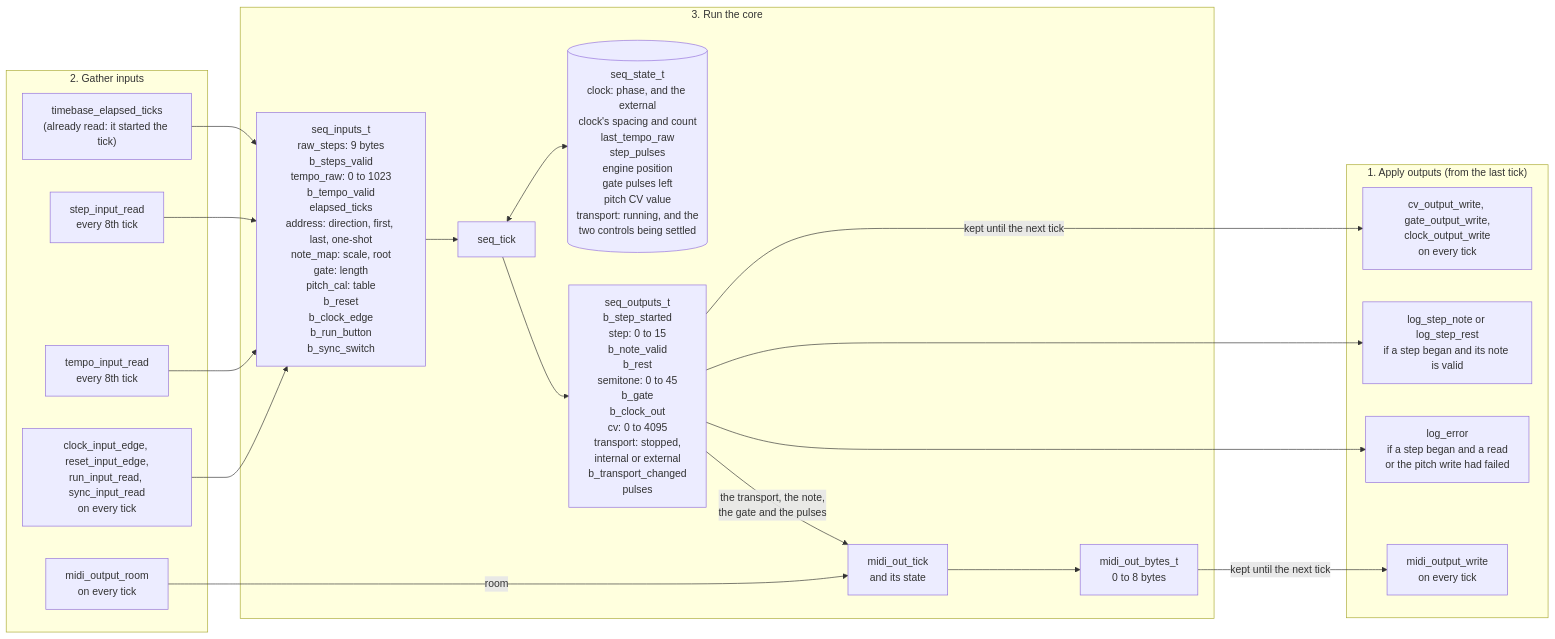
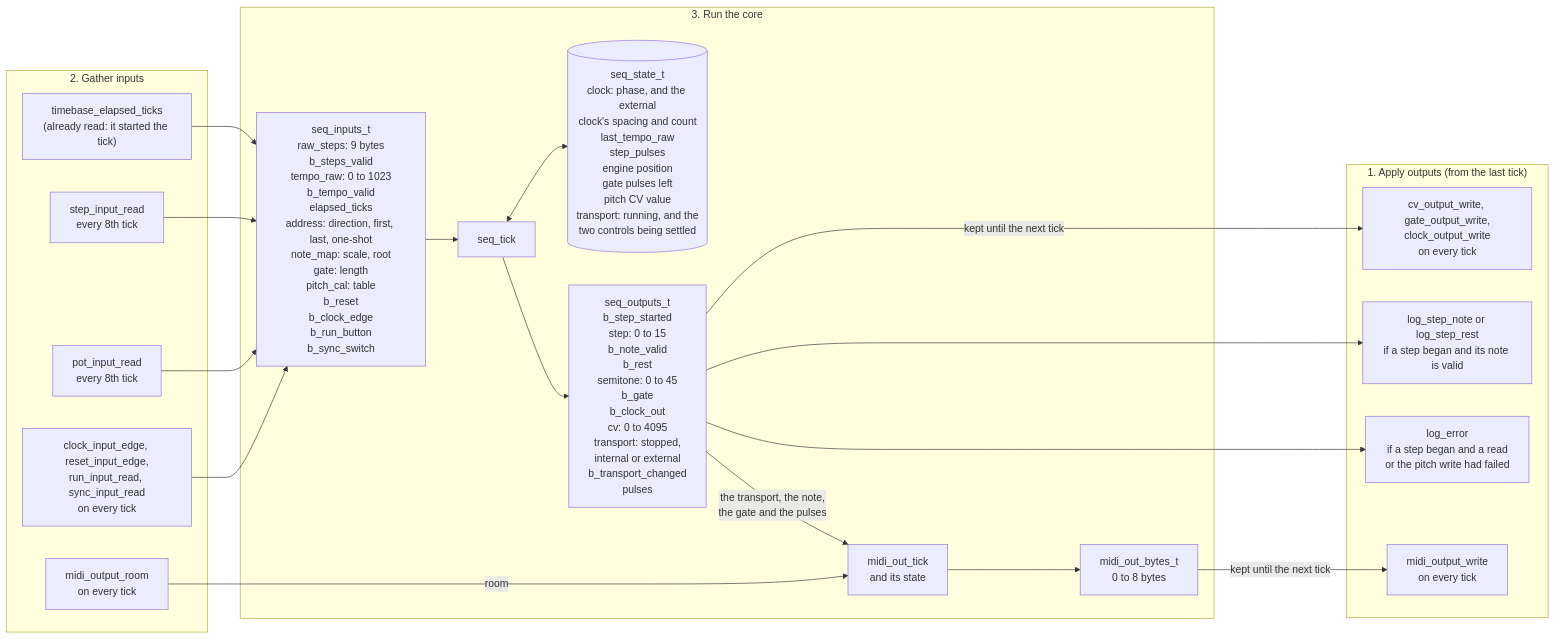
Before and after one commit to BonelessPig/nano_sequencer: the fifth of 28 diagrams in docs/ARCHITECTURE.md, drawn with Mermaid. The commit also changed other lines of this file and 9 other files, not shown here.

First line of the commit message:
Rename the tempo input port to the pot input port

````diff
--- a/docs/ARCHITECTURE.md
+++ b/docs/ARCHITECTURE.md
@@ -250,38 +250,38 @@
 ```mermaid
 flowchart LR
     subgraph apply["1. Apply outputs (from the last tick)"]
         pins["cv_output_write, gate_output_write,<br/>clock_output_write<br/>on every tick"]
         midiw["midi_output_write<br/>on every tick"]
         logn["log_step_note or log_step_rest<br/>if a step began and its note is valid"]
         loge["log_error<br/>if a step began and a read<br/>or the pitch write had failed"]
     end
     subgraph gather["2. Gather inputs"]
         tb["timebase_elapsed_ticks<br/>(already read: it started the tick)"]
         sr["step_input_read<br/>every 8th tick"]
-        tr["tempo_input_read<br/>every 8th tick"]
+        tr["pot_input_read<br/>every 8th tick"]
         ti["clock_input_edge, reset_input_edge,<br/>run_input_read, sync_input_read<br/>on every tick"]
         mr["midi_output_room<br/>on every tick"]
     end
     subgraph run["3. Run the core"]
         in["seq_inputs_t<br/>raw_steps: 9 bytes<br/>b_steps_valid<br/>tempo_raw: 0 to 1023<br/>b_tempo_valid<br/>elapsed_ticks<br/>address: direction, first, last, one-shot<br/>note_map: scale, root<br/>gate: length<br/>pitch_cal: table<br/>b_reset<br/>b_clock_edge<br/>b_run_button<br/>b_sync_switch"]
         tick["seq_tick"]
         state[("seq_state_t<br/>clock: phase, and the external<br/>clock's spacing and count<br/>last_tempo_raw<br/>step_pulses<br/>engine position<br/>gate pulses left<br/>pitch CV value<br/>transport: running, and the<br/>two controls being settled")]
         out["seq_outputs_t<br/>b_step_started<br/>step: 0 to 15<br/>b_note_valid<br/>b_rest<br/>semitone: 0 to 45<br/>b_gate<br/>b_clock_out<br/>cv: 0 to 4095<br/>transport: stopped,<br/>internal or external<br/>b_transport_changed<br/>pulses"]
         mtick["midi_out_tick<br/>and its state"]
         mbytes["midi_out_bytes_t<br/>0 to 8 bytes"]
     end
     tb --> in
     sr --> in
     tr --> in
     ti --> in
     in --> tick
     tick <--> state
     tick --> out
     out -->|"kept until the next tick"| pins
     out --> logn
     out --> loge
     out -->|"the transport, the note,<br/>the gate and the pulses"| mtick
     mr -->|"room"| mtick
     mtick --> mbytes
     mbytes -->|"kept until the next tick"| midiw
 ```
````
